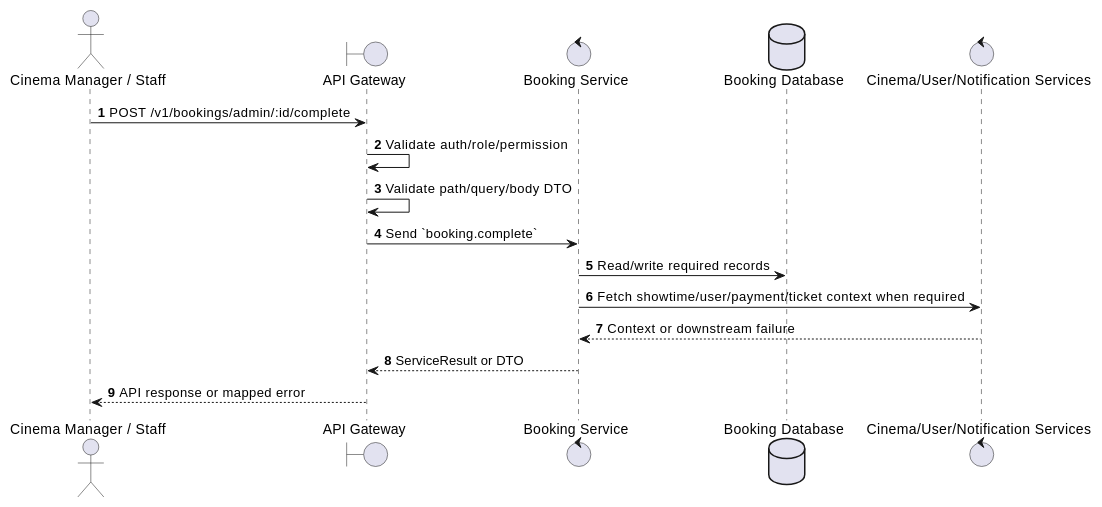
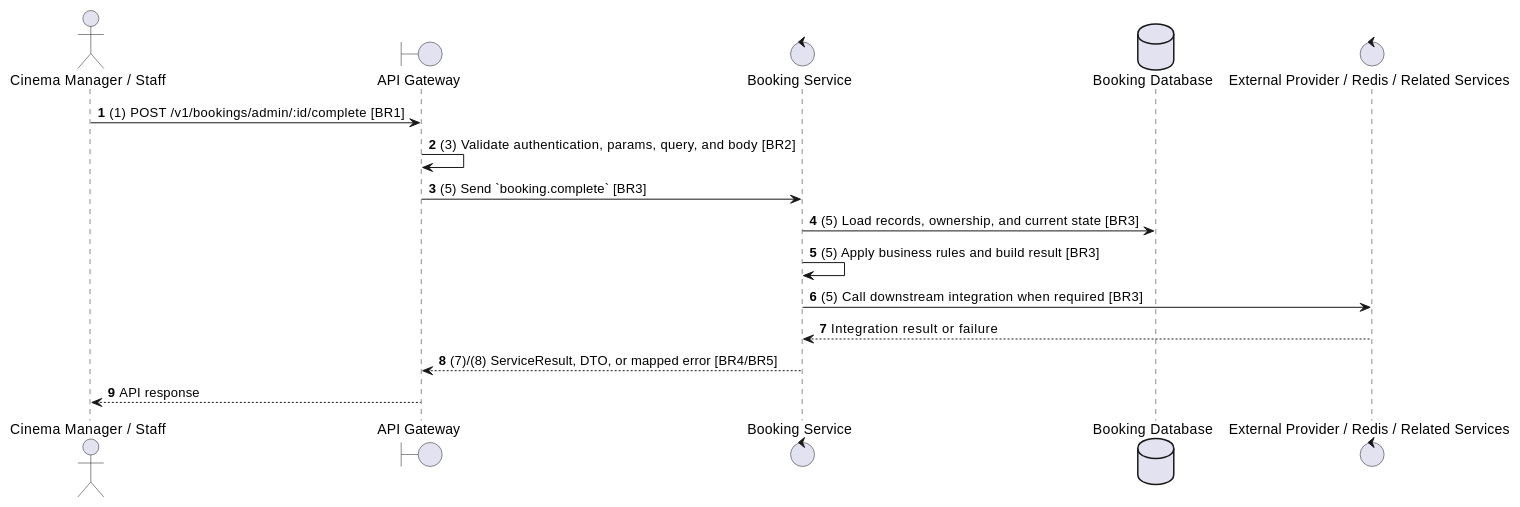
Before and after one commit to Tanh1603/movie-hub-architecture: the second of 2 diagrams in docs/functional_specs/3.5.2_Admin_Booking_Operations/BK-A06_Complete_Booking.md, drawn with PlantUML. The commit also changed other lines of this file and 129 other files, not shown here.

````diff
--- a/docs/functional_specs/3.5.2_Admin_Booking_Operations/BK-A06_Complete_Booking.md
+++ b/docs/functional_specs/3.5.2_Admin_Booking_Operations/BK-A06_Complete_Booking.md
@@ -17,20 +64,20 @@
 ```plantuml
 @startuml
 autonumber
 actor "Cinema Manager / Staff" as Actor
 boundary "API Gateway" as GW
 control "Booking Service" as SVC
 database "Booking Database" as DB
-control "Cinema/User/Notification Services" as EXT
+control "External Provider / Redis / Related Services" as EXT
 
-Actor -> GW: POST /v1/bookings/admin/:id/complete
-GW -> GW: Validate auth/role/permission
-GW -> GW: Validate path/query/body DTO
-GW -> SVC: Send `booking.complete`
-SVC -> DB: Read/write required records
-SVC -> EXT: Fetch showtime/user/payment/ticket context when required
-EXT --> SVC: Context or downstream failure
-SVC --> GW: ServiceResult or DTO
-GW --> Actor: API response or mapped error
+Actor -> GW: (1) POST /v1/bookings/admin/:id/complete [BR1]
+GW -> GW: (3) Validate authentication, params, query, and body [BR2]
+GW -> SVC: (5) Send `booking.complete` [BR3]
+SVC -> DB: (5) Load records, ownership, and current state [BR3]
+SVC -> SVC: (5) Apply business rules and build result [BR3]
+SVC -> EXT: (5) Call downstream integration when required [BR3]
+EXT --> SVC: Integration result or failure
+SVC --> GW: (7)/(8) ServiceResult, DTO, or mapped error [BR4/BR5]
+GW --> Actor: API response
 @enduml
 ```
````
